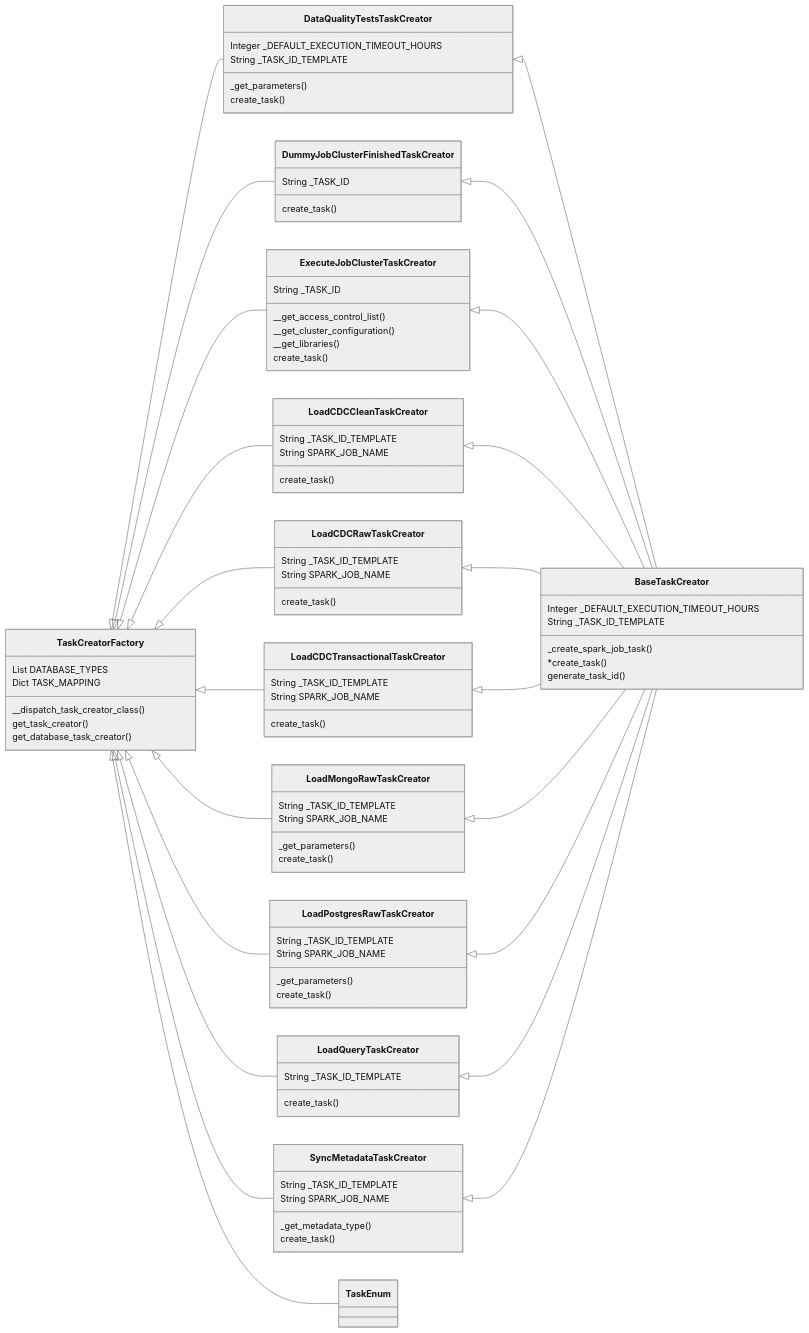
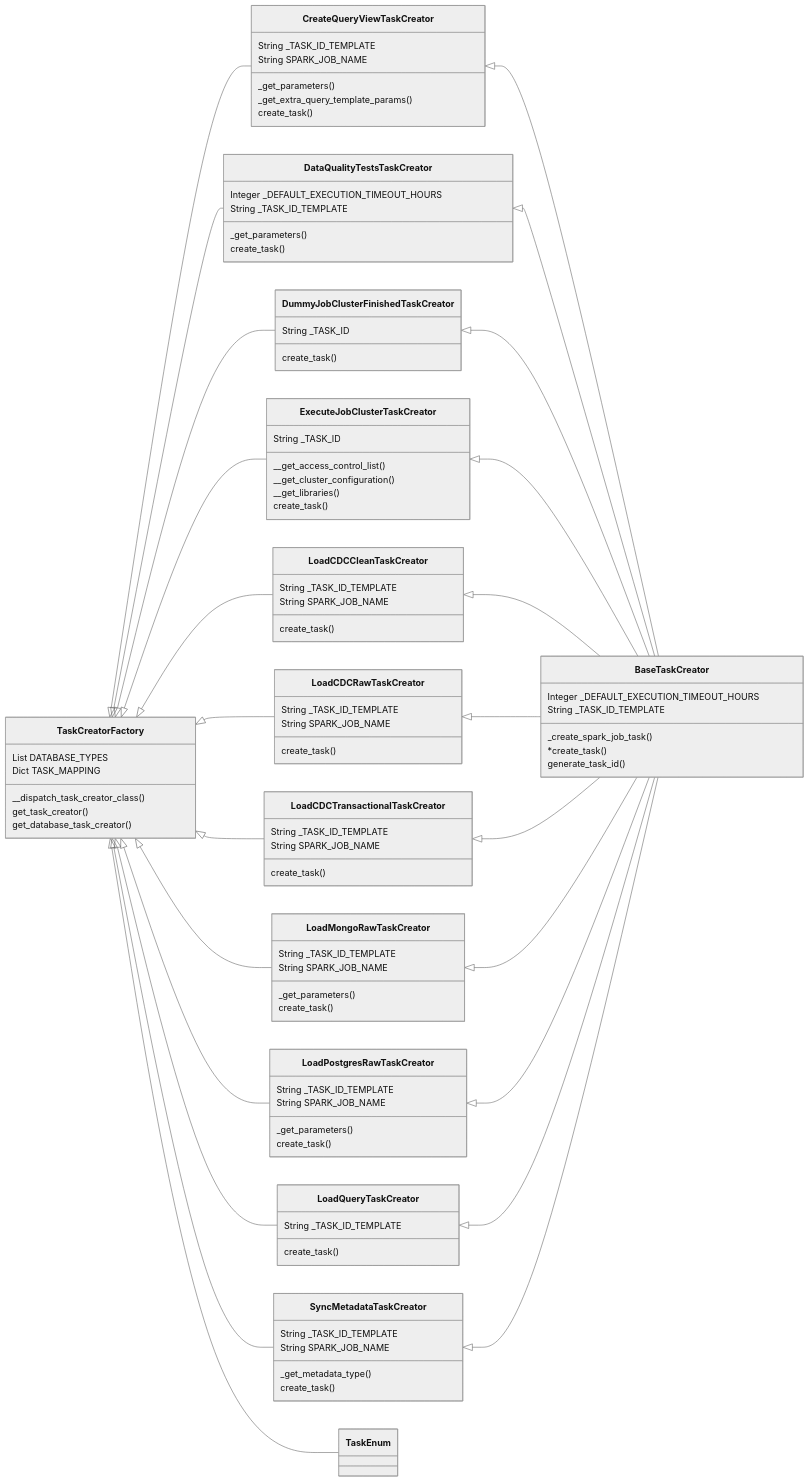
One commit to joseotaviorf/oh-my-pi changed the diagram in bietlejuice/base/airflow/dag_builders/README.md. Above: the diagram before and after it, drawn with Mermaid (neutral theme). The commit also changed other lines of this file and 15 other files, not shown here.

Commit message:
🏞️  Creating Query View Workflow (#20387)

````diff
--- a/bietlejuice/base/airflow/dag_builders/README.md
+++ b/bietlejuice/base/airflow/dag_builders/README.md
@@ -30,6 +30,7 @@
 ```mermaid
  classDiagram
       direction LR
+      CreateQueryViewTaskCreator <|-- BaseTaskCreator
       DataQualityTestsTaskCreator <|-- BaseTaskCreator
       DummyJobClusterFinishedTaskCreator <|-- BaseTaskCreator
       ExecuteJobClusterTaskCreator <|-- BaseTaskCreator
@@ -40,6 +41,7 @@
       LoadPostgresRawTaskCreator <|-- BaseTaskCreator
       LoadQueryTaskCreator <|-- BaseTaskCreator
       SyncMetadataTaskCreator <|-- BaseTaskCreator
+      TaskCreatorFactory <|-- CreateQueryViewTaskCreator
       TaskCreatorFactory <|-- DataQualityTestsTaskCreator
       TaskCreatorFactory <|-- DummyJobClusterFinishedTaskCreator
       TaskCreatorFactory <|-- ExecuteJobClusterTaskCreator
@@ -57,6 +59,13 @@
          _create_spark_job_task()
          *create_task()
          generate_task_id()
+      }
+     class CreateQueryViewTaskCreator{
+         String _TASK_ID_TEMPLATE
+         String SPARK_JOB_NAME
+         _get_parameters()
+         _get_extra_query_template_params()
+         create_task()
       }
      class DataQualityTestsTaskCreator{
          Integer _DEFAULT_EXECUTION_TIMEOUT_HOURS
````
